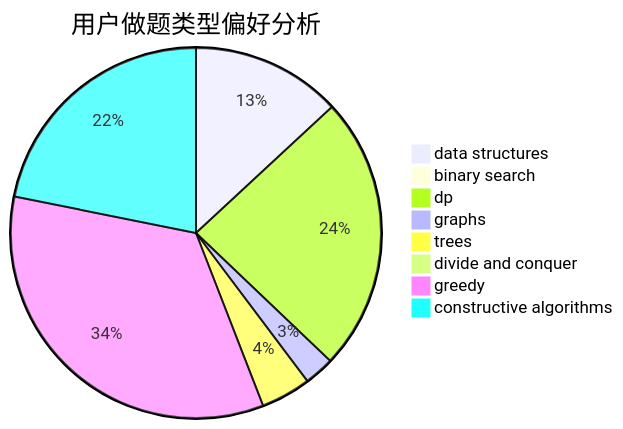
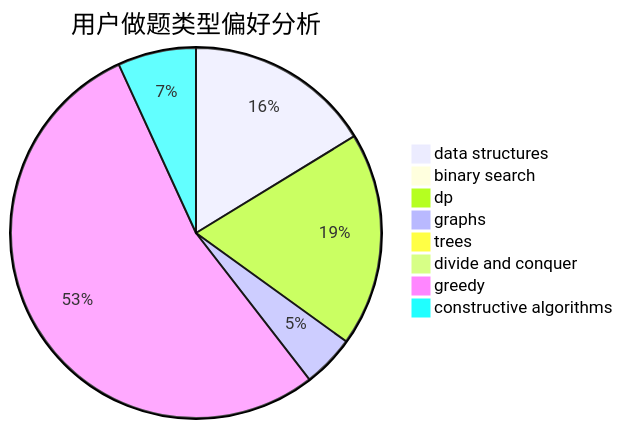
Before and after one commit to sherpahu/cfrs.github.io: the second of 3 diagrams in docs/user/u1818.md, drawn with Mermaid. The commit also changed other lines of this file and 2770 other files, not shown here.

````diff
--- a/docs/user/u1818.md
+++ b/docs/user/u1818.md
@@ -23,11 +23,11 @@
 ```mermaid
 pie title 用户做题类型偏好分析
-    "data structures" :  30
-    "binary search" :  0
-    "dp" :  55
-    "graphs" :  6
-    "trees" :  10
-    "divide and conquer" :  0
-    "greedy" :  78
-    "constructive algorithms" :  50
+    "data structures" :  107
+    "binary search" :  2
+    "dp" :  123
+    "graphs" :  30
+    "trees" :  2
+    "divide and conquer" :  1
+    "greedy" :  353
+    "constructive algorithms" :  45
 ```
````
